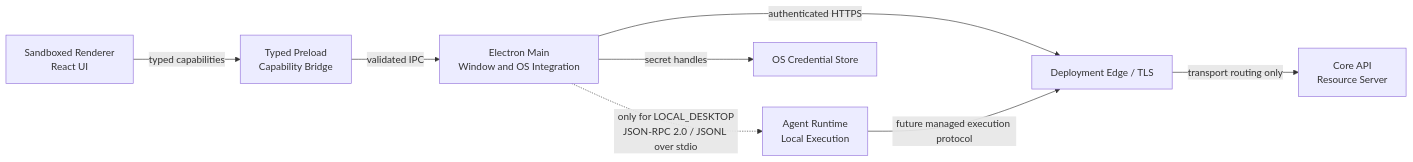
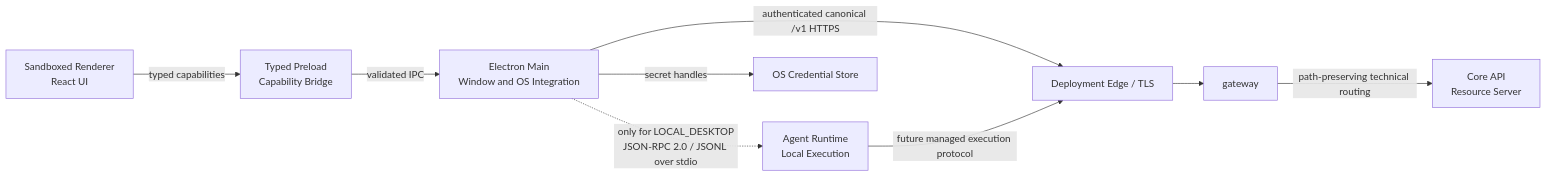
The first of 2 diagrams in apps/desktop/docs/architecture.md (hataketed7977/taskpilot), drawn with Mermaid before and after one commit. The commit also changed other lines of this file and 129 other files, not shown here.

Commit message:
feat(api): establish canonical resource API gateway

````diff
--- a/apps/desktop/docs/architecture.md
+++ b/apps/desktop/docs/architecture.md
@@ -48,19 +50,20 @@
 ```mermaid
 flowchart LR
     renderer["Sandboxed Renderer\nReact UI"]
     preload["Typed Preload\nCapability Bridge"]
     main["Electron Main\nWindow and OS Integration"]
     runtime["Agent Runtime\nLocal Execution"]
     edge["Deployment Edge / TLS"]
     core["Core API\nResource Server"]
     credential["OS Credential Store"]
 
     renderer -->|typed capabilities| preload
     preload -->|validated IPC| main
     main -.->|only for LOCAL_DESKTOP
 JSON-RPC 2.0 / JSONL over stdio| runtime
-    main -->|authenticated HTTPS| edge
-    edge -->|transport routing only| core
+    main -->|authenticated canonical /v1 HTTPS| edge
+    edge --> gateway
+    gateway -->|path-preserving technical routing| core
     main -->|secret handles| credential
     runtime -->|future managed execution protocol| edge
 ```
````
